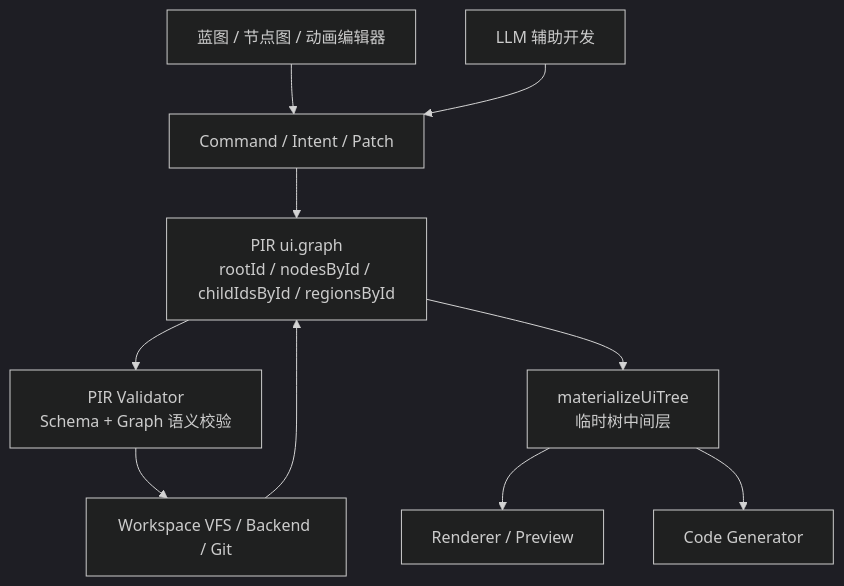
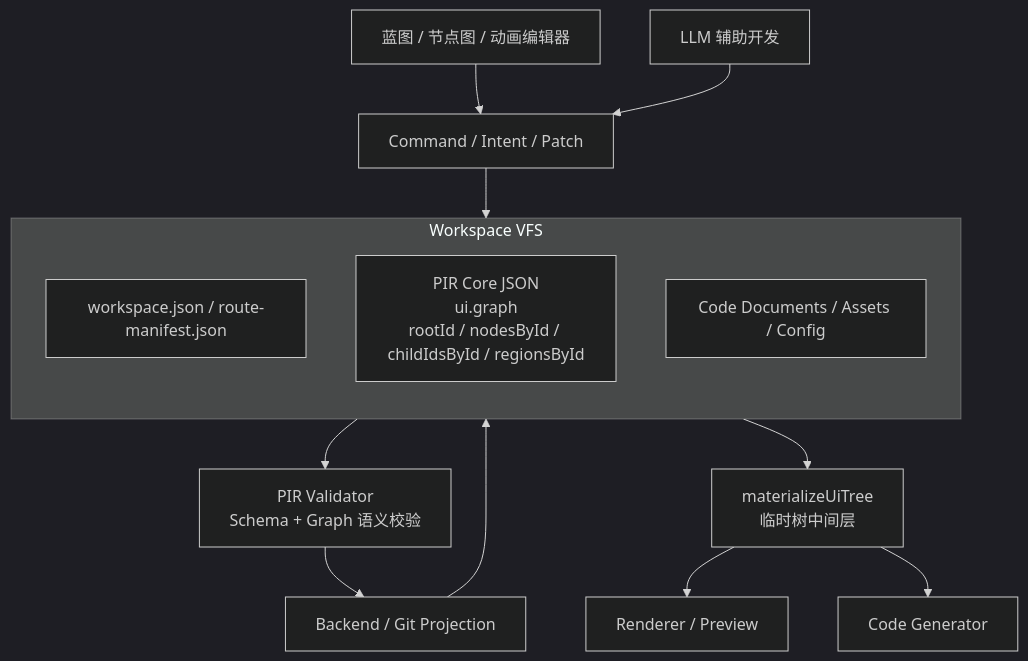
One commit to prodivix/prodivix changed the second of 2 diagrams in AGENTS.md. Above: the diagram before and after it, drawn with Mermaid (dark theme). The commit also changed other lines of this file and 1 other file, not shown here.

Commit message:
docs(agents): align VFS architecture guidance

````diff
--- a/AGENTS.md
+++ b/AGENTS.md
@@ -135,27 +149,34 @@
 ```mermaid
 flowchart TD
     %% 写入侧：编辑器与 AI 不直接覆盖树结构
     Editors[蓝图 / 节点图 / 动画编辑器]
     LLM[LLM 辅助开发]
     Commands[Command / Intent / Patch]
 
-    %% PIR 保存态：规范化图结构是唯一真相源
-    Graph[PIR ui.graph<br>rootId / nodesById / childIdsById / regionsById]
+    %% VFS 保存态：项目级作者态文件系统囊括 PIR Core JSON
+    subgraph VFS [Workspace VFS]
+        direction TB
+
+        WorkspaceCore[workspace.json / route-manifest.json]
+        Graph[PIR Core JSON<br>ui.graph<br>rootId / nodesById / childIdsById / regionsById]
+        CodeDocs[Code Documents / Assets / Config]
+    end
+
     Validator[PIR Validator<br>Schema + Graph 语义校验]
-    Workspace[Workspace VFS / Backend / Git]
+    Persistence[Backend / Git Projection]
 
     %% 读取侧：需要树时只生成临时中间层
     Materialize[materializeUiTree<br>临时树中间层]
     Renderer[Renderer / Preview]
     Codegen[Code Generator]
 
     Editors --> Commands
     LLM --> Commands
     Commands --> Graph
     Graph --> Validator
-    Validator --> Workspace
-    Workspace --> Graph
+    Validator --> Persistence
+    Persistence --> Graph
     Graph --> Materialize
     Materialize --> Renderer
     Materialize --> Codegen
 ```
````
